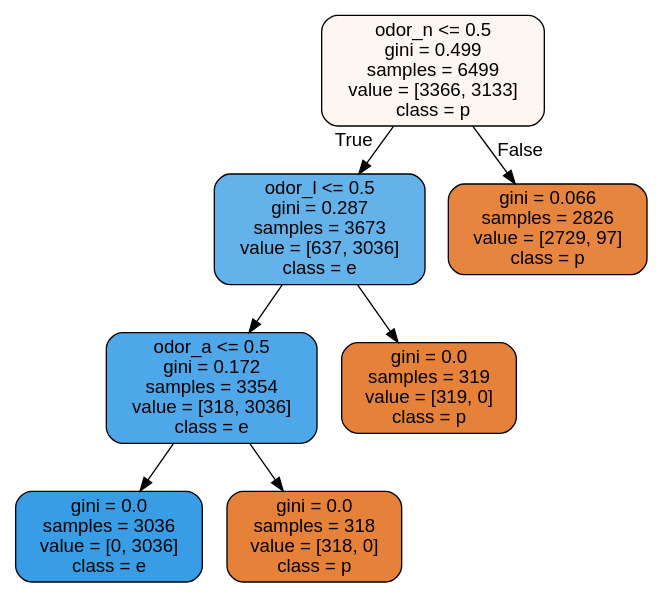
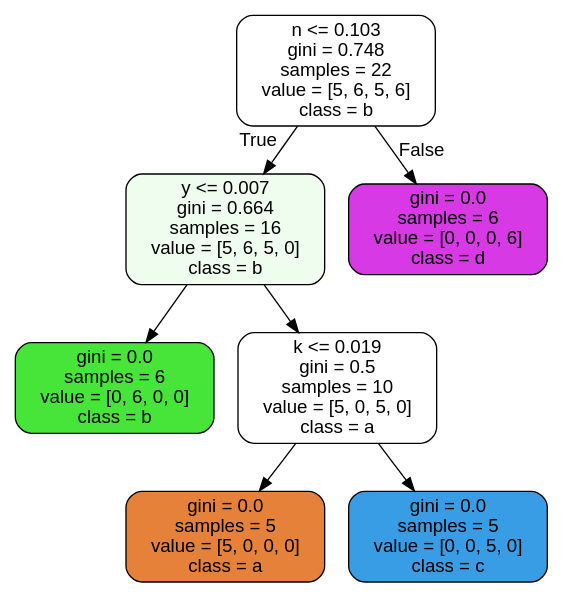
Before and after one commit to joo9810/VSCode: the diagram in K-Digital Training/김소현 강사님/Scikit-learn/숙제/tree.dot, drawn with Graphviz. The commit also changed 30 other files, not shown here.

```diff
--- a/K-Digital Training/김소현 강사님/Scikit-learn/숙제/tree.dot
+++ b/K-Digital Training/김소현 강사님/Scikit-learn/숙제/tree.dot
@@ -1,17 +1,17 @@
 digraph Tree {
 node [shape=box, style="filled, rounded", color="black", fontname="helvetica"] ;
 edge [fontname="helvetica"] ;
-0 [label="odor_n <= 0.5\ngini = 0.499\nsamples = 6499\nvalue = [3366, 3133]\nclass = p", fillcolor="#fdf6f1"] ;
-1 [label="odor_l <= 0.5\ngini = 0.287\nsamples = 3673\nvalue = [637, 3036]\nclass = e", fillcolor="#63b2ea"] ;
+0 [label="n <= 0.103\ngini = 0.748\nsamples = 22\nvalue = [5, 6, 5, 6]\nclass = b", fillcolor="#ffffff"] ;
+1 [label="y <= 0.007\ngini = 0.664\nsamples = 16\nvalue = [5, 6, 5, 0]\nclass = b", fillcolor="#eefded"] ;
 0 -> 1 [labeldistance=2.5, labelangle=45, headlabel="True"] ;
-2 [label="odor_a <= 0.5\ngini = 0.172\nsamples = 3354\nvalue = [318, 3036]\nclass = e", fillcolor="#4ea7e8"] ;
+2 [label="gini = 0.0\nsamples = 6\nvalue = [0, 6, 0, 0]\nclass = b", fillcolor="#47e539"] ;
 1 -> 2 ;
-3 [label="gini = 0.0\nsamples = 3036\nvalue = [0, 3036]\nclass = e", fillcolor="#399de5"] ;
-2 -> 3 ;
-4 [label="gini = 0.0\nsamples = 318\nvalue = [318, 0]\nclass = p", fillcolor="#e58139"] ;
-2 -> 4 ;
-5 [label="gini = 0.0\nsamples = 319\nvalue = [319, 0]\nclass = p", fillcolor="#e58139"] ;
-1 -> 5 ;
-6 [label="gini = 0.066\nsamples = 2826\nvalue = [2729, 97]\nclass = p", fillcolor="#e68540"] ;
+3 [label="k <= 0.019\ngini = 0.5\nsamples = 10\nvalue = [5, 0, 5, 0]\nclass = a", fillcolor="#ffffff"] ;
+1 -> 3 ;
+4 [label="gini = 0.0\nsamples = 5\nvalue = [5, 0, 0, 0]\nclass = a", fillcolor="#e58139"] ;
+3 -> 4 ;
+5 [label="gini = 0.0\nsamples = 5\nvalue = [0, 0, 5, 0]\nclass = c", fillcolor="#399de5"] ;
+3 -> 5 ;
+6 [label="gini = 0.0\nsamples = 6\nvalue = [0, 0, 0, 6]\nclass = d", fillcolor="#d739e5"] ;
 0 -> 6 [labeldistance=2.5, labelangle=-45, headlabel="False"] ;
 }
```
